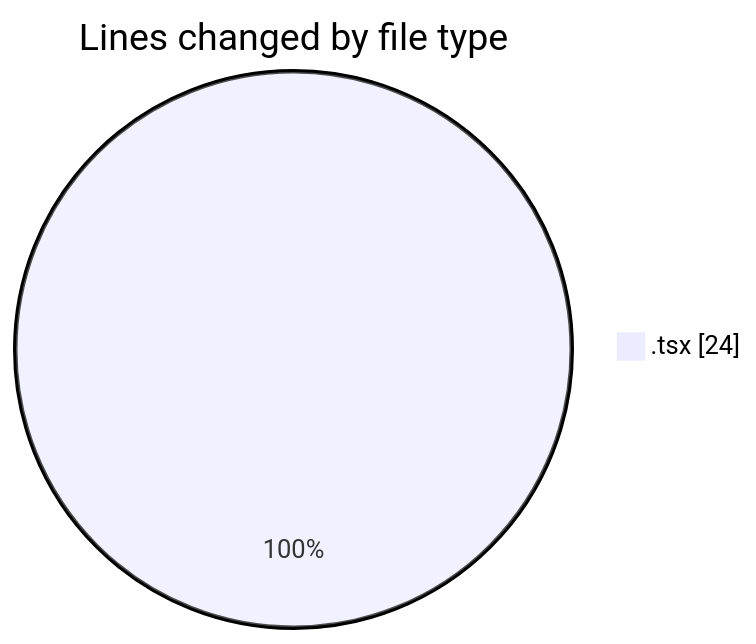
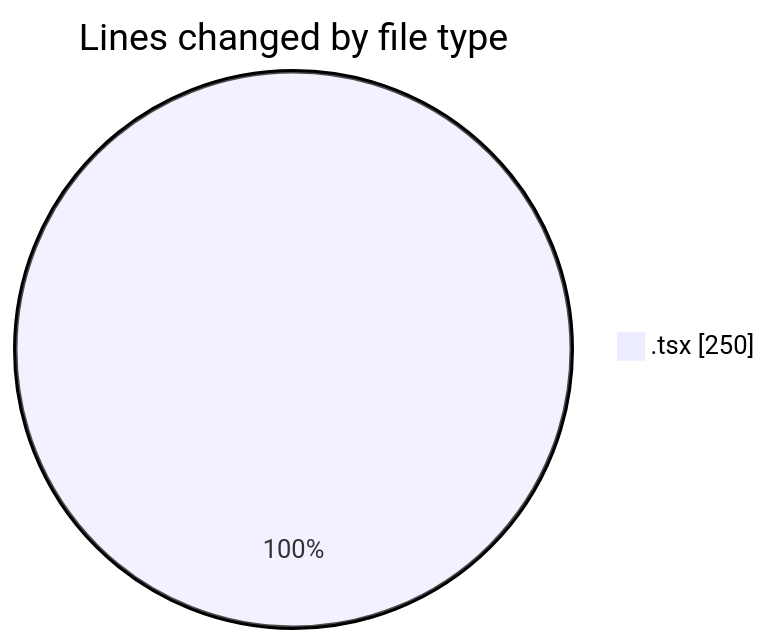
The first of 2 diagrams in 2025-07-11/cda/README.md (momahboobian/code-tracking), drawn with Mermaid before and after one commit. The commit also changed other lines of this file and 1 other file, not shown here.

````diff
--- a/2025-07-11/cda/README.md
+++ b/2025-07-11/cda/README.md
@@ -20,5 +21,5 @@
 ```mermaid
 pie showData
 title Lines changed by file type
-".tsx" : 24
+".tsx" : 250
 ```
````
